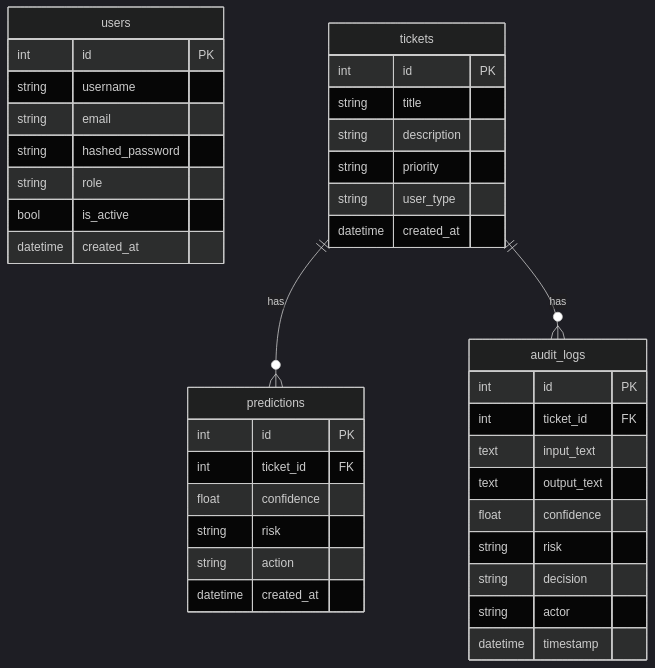
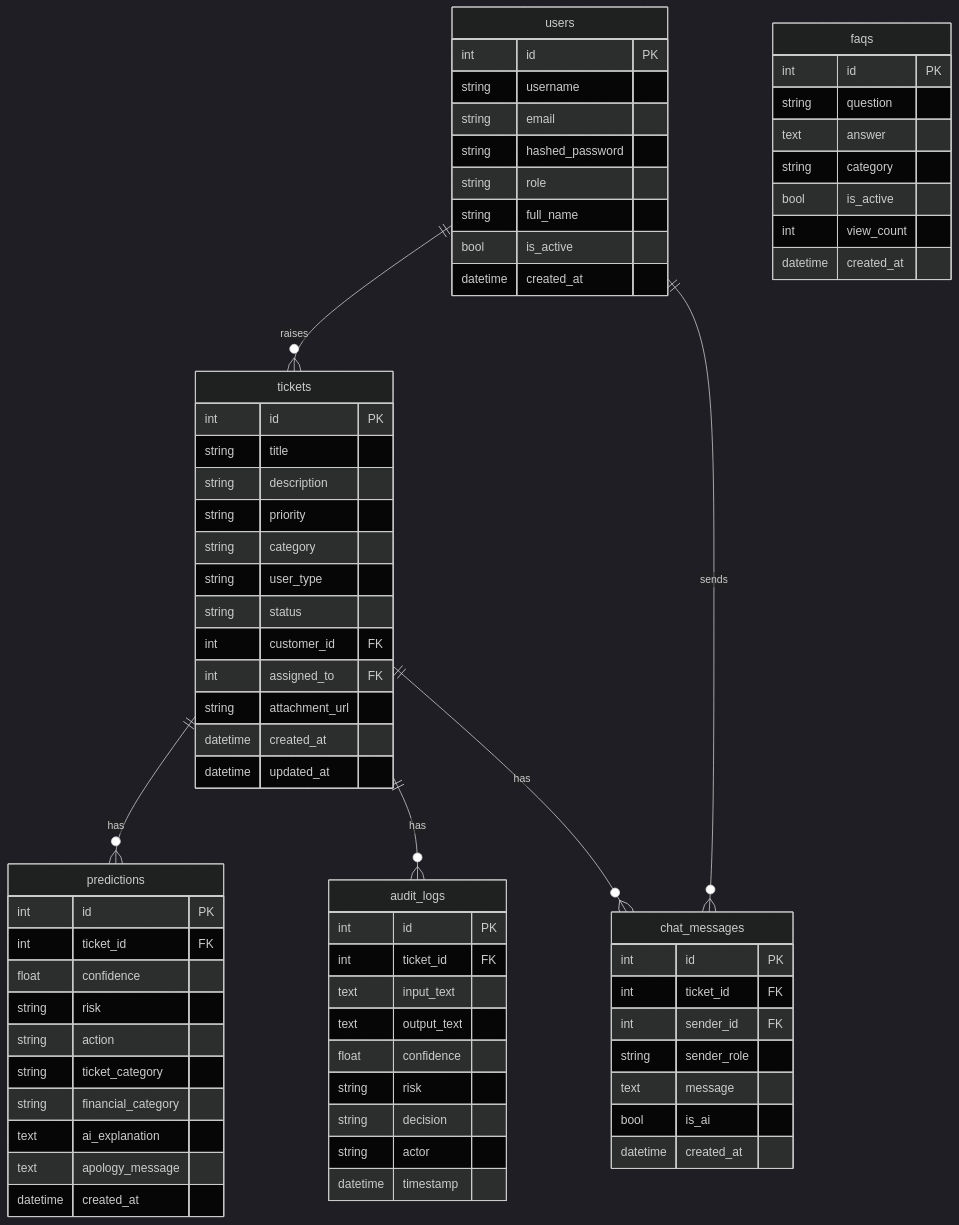
The eighth of 9 diagrams in README.md (nanduveera30-boop/AI-Ticket-System), drawn with Mermaid (dark theme) before and after one commit. The commit also changed other lines of this file and 62 other files, not shown here.

````diff
--- a/README.md
+++ b/README.md
@@ -169,45 +253,79 @@
 ```mermaid
 erDiagram
     users {
         int id PK
         string username
         string email
         string hashed_password
         string role
+        string full_name
         bool is_active
         datetime created_at
     }
 
     tickets {
         int id PK
         string title
         string description
         string priority
+        string category
         string user_type
+        string status
+        int customer_id FK
+        int assigned_to FK
+        string attachment_url
         datetime created_at
+        datetime updated_at
     }
 
     predictions {
         int id PK
         int ticket_id FK
         float confidence
         string risk
         string action
+        string ticket_category
+        string financial_category
+        text ai_explanation
+        text apology_message
         datetime created_at
     }
 
     audit_logs {
         int id PK
         int ticket_id FK
         text input_text
         text output_text
         float confidence
         string risk
         string decision
         string actor
         datetime timestamp
     }
 
+    chat_messages {
+        int id PK
+        int ticket_id FK
+        int sender_id FK
+        string sender_role
+        text message
+        bool is_ai
+        datetime created_at
+    }
+
+    faqs {
+        int id PK
+        string question
+        text answer
+        string category
+        bool is_active
+        int view_count
+        datetime created_at
+    }
+
     tickets ||--o{ predictions : "has"
     tickets ||--o{ audit_logs : "has"
+    tickets ||--o{ chat_messages : "has"
+    users ||--o{ tickets : "raises"
+    users ||--o{ chat_messages : "sends"
 ```
````
